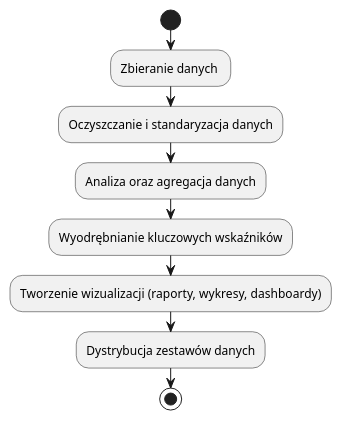
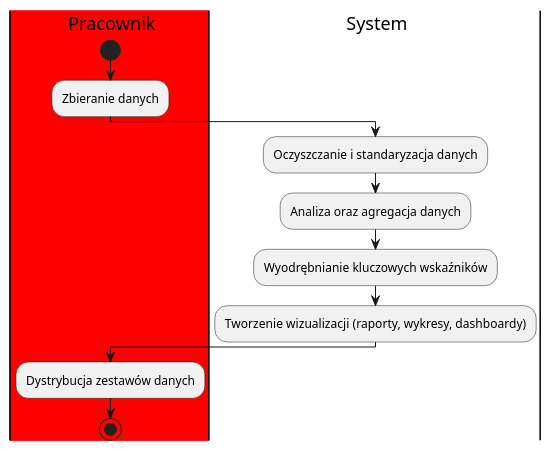
One commit to aleksanderpiluk/IWO changed the diagram in dokumentacja/specyfikacja.wymagan/2.opis.biznesu/procesy.biznesowe/procesy/PB0006.puml. Above: the diagram before and after it, drawn with PlantUML.

```diff
--- a/dokumentacja/specyfikacja.wymagan/2.opis.biznesu/procesy.biznesowe/procesy/PB0006.puml
+++ b/dokumentacja/specyfikacja.wymagan/2.opis.biznesu/procesy.biznesowe/procesy/PB0006.puml
@@ -1,11 +1,19 @@
 @startuml
- 
+|#red|p| Pracownik
+|s| System
+
+|p|
 start
-:Zbieranie danych ;
+:Zbieranie danych;
+
+|s|
 :Oczyszczanie i standaryzacja danych;
 :Analiza oraz agregacja danych;
 :Wyodrębnianie kluczowych wskaźników;
 :Tworzenie wizualizacji (raporty, wykresy, dashboardy);
+
+|p|
 :Dystrybucja zestawów danych;
+
 stop
 @enduml
```
